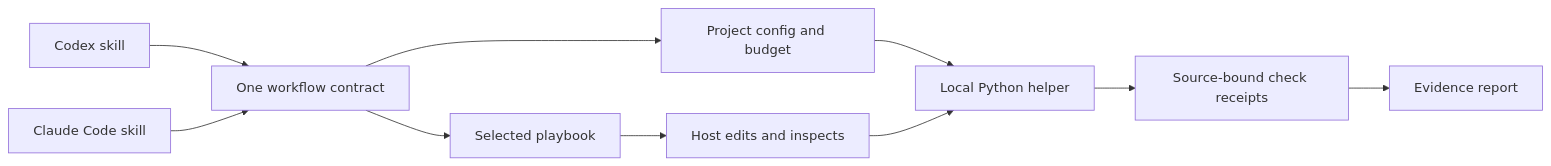
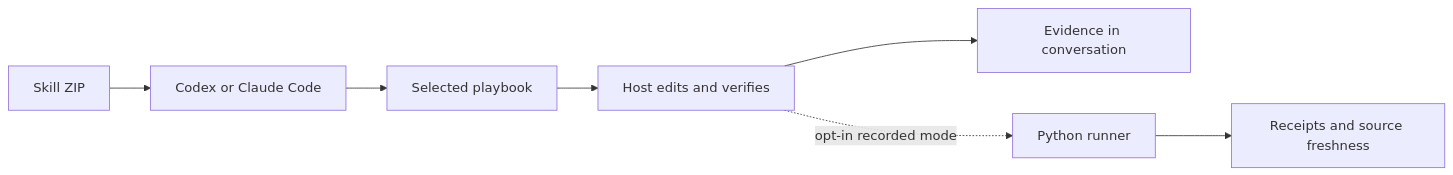
The diagram in README.en.md (promptprobe/jstack), drawn with Mermaid before and after one commit. The commit also changed other lines of this file and 24 other files, not shown here.

````diff
--- a/README.en.md
+++ b/README.en.md
@@ -205,12 +179,9 @@
 ```mermaid
 flowchart LR
-  A[Codex skill] --> C[One workflow contract]
-  B[Claude Code skill] --> C
-  C --> D[Selected playbook]
-  C --> E[Project config and budget]
-  D --> F[Host edits and inspects]
-  E --> G[Local Python helper]
-  F --> G
-  G --> H[Source-bound check receipts]
-  H --> I[Evidence report]
+  A[Skill ZIP] --> B[Codex or Claude Code]
+  B --> C[Selected playbook]
+  C --> D[Host edits and verifies]
+  D --> E[Evidence in conversation]
+  D -. opt-in recorded mode .-> F[Python runner]
+  F --> G[Receipts and source freshness]
 ```
````
